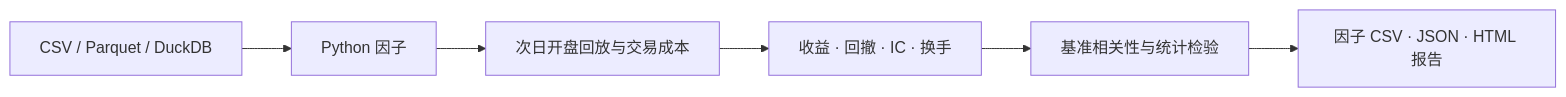
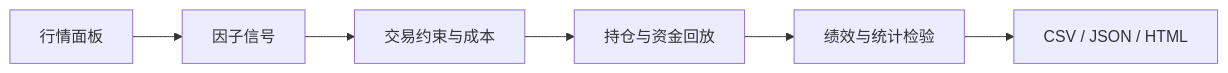
Before and after one commit to weihaoyang/singseq-quant-research: the diagram in README.md, drawn with Mermaid. The commit also changed other lines of this file, not shown here.

````diff
--- a/README.md
+++ b/README.md
@@ -21,8 +21,8 @@
 ```mermaid
 flowchart LR
-    A[CSV / Parquet / DuckDB] --> B[Python 因子]
-    B --> C[次日开盘回放与交易成本]
-    C --> D[收益 · 回撤 · IC · 换手]
-    D --> E[基准相关性与统计检验]
-    E --> F[因子 CSV · JSON · HTML 报告]
+    A[行情面板] --> B[因子信号]
+    B --> C[交易约束与成本]
+    C --> D[持仓与资金回放]
+    D --> E[绩效与统计检验]
+    E --> F[CSV / JSON / HTML]
 ```
````
